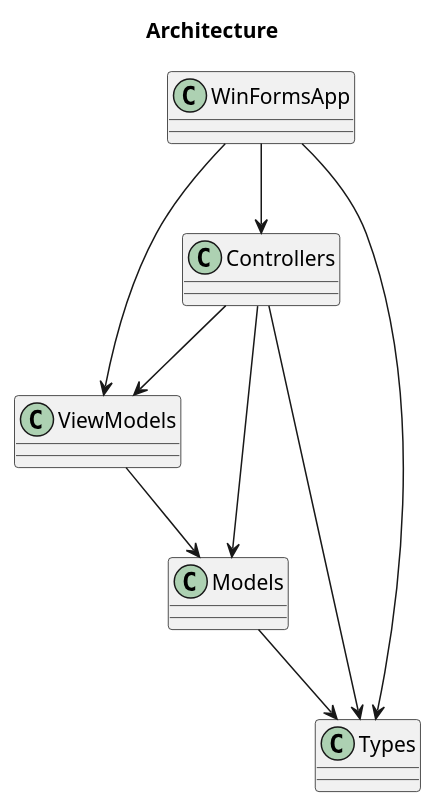
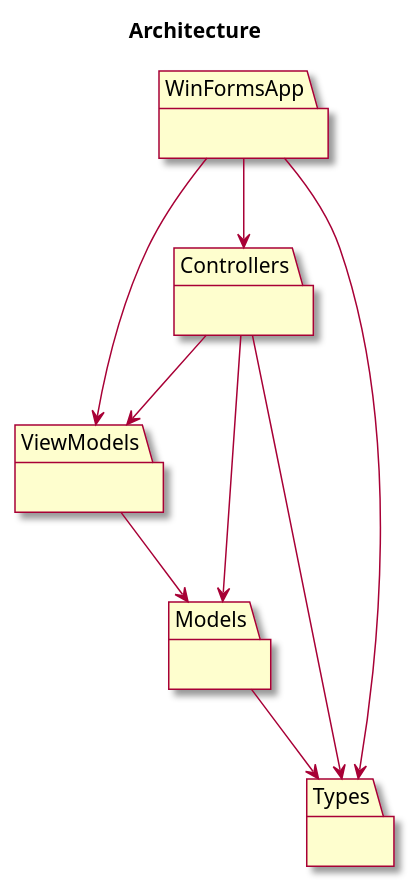
Before and after one commit to franpaulinoinfante/TaskManagement: the diagram in Docs/Architecture.plantuml, drawn with PlantUML. The commit also changed 1 other file, not shown here.

```diff
--- a/Docs/Architecture.plantuml
+++ b/Docs/Architecture.plantuml
@@ -1,31 +1,32 @@
 @startuml Architecture
+    skin rose
     title Architecture
 
 WinFormsApp --> Controllers
 WinFormsApp --> ViewModels
 WinFormsApp --> Types
 
 Controllers --> ViewModels
 Controllers --> Models
 Controllers --> Types
 
 ViewModels --> Models
 
 Models --> Types
 
-class WinFormsApp{
+package WinFormsApp{
 }
 
-class ViewModels{
+package ViewModels{
 }
 
-class Controllers{
+package Controllers{
 }
 
-class Types{
+package Types{
 }
 
-class Models{
+package Models{
 }
 
 @enduml
```
